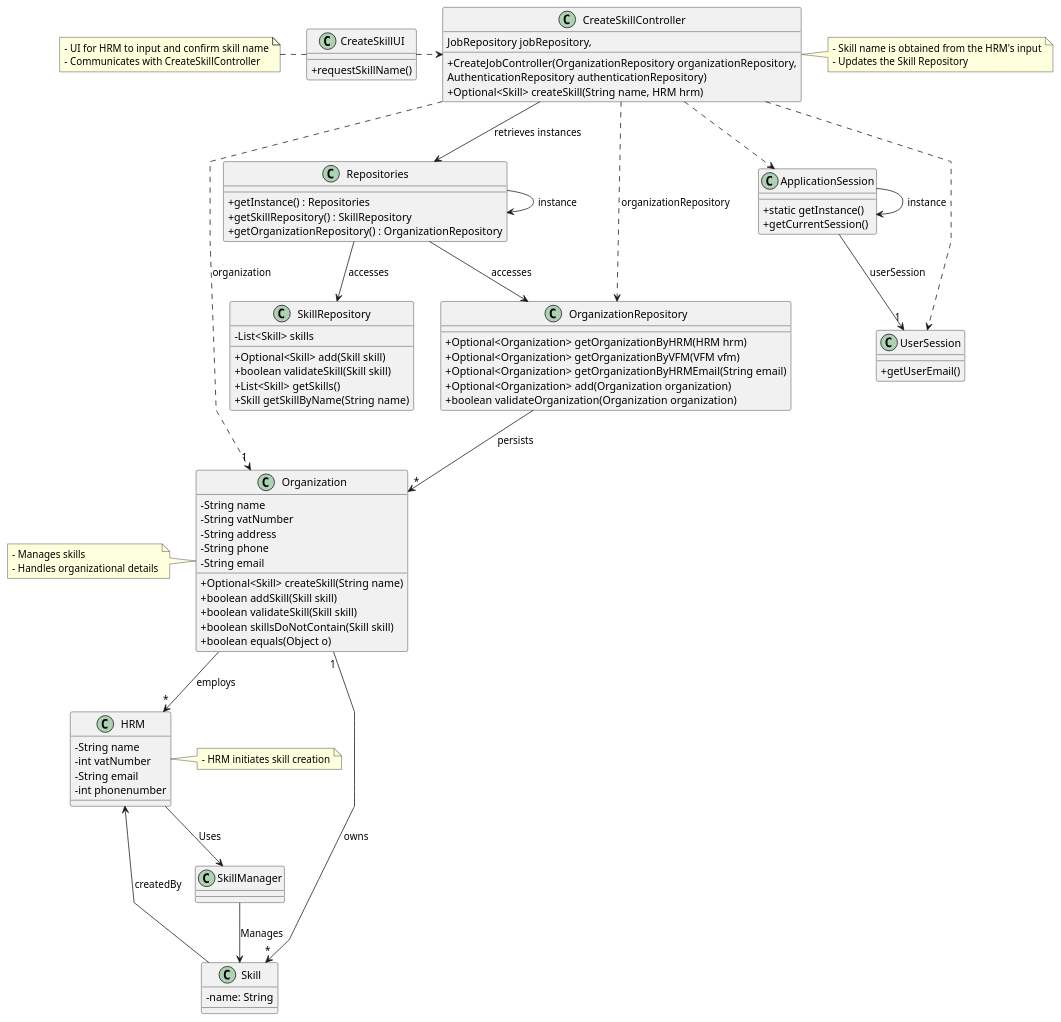
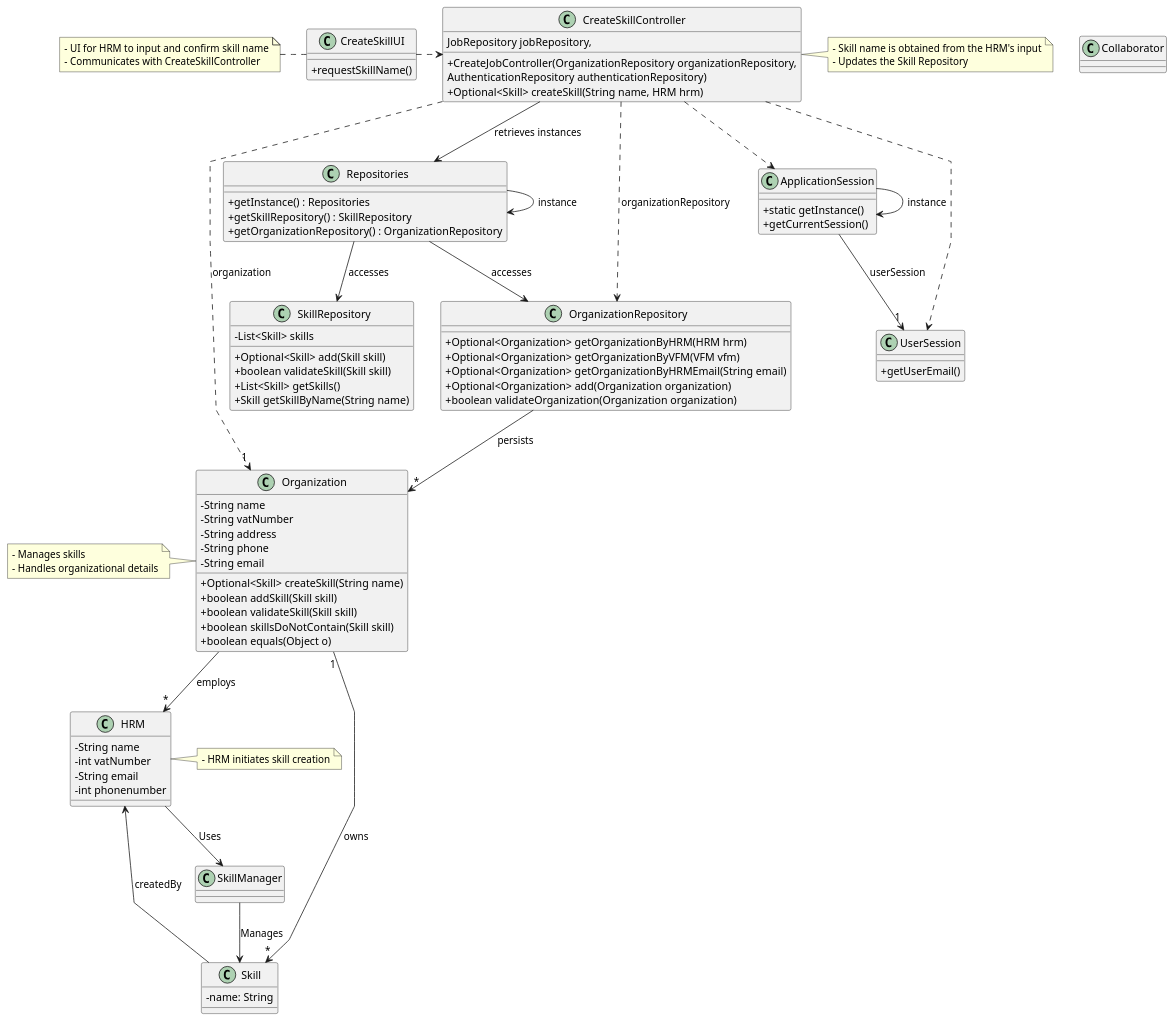
Before and after one commit to tiagosoa/lei-24-s2-1dgh-g073: the diagram in docs/sprint3/us028/03.design/puml/us001-class-diagram.puml, drawn with PlantUML. The commit also changed 2 other files, not shown here.

```diff
--- a/docs/sprint3/us028/03.design/puml/us001-class-diagram.puml
+++ b/docs/sprint3/us028/03.design/puml/us001-class-diagram.puml
@@ -1,125 +1,127 @@
 @startuml
 'skinparam monochrome true
 skinparam packageStyle rectangle
 skinparam shadowing false
 skinparam linetype polyline
 'skinparam linetype orto
 
 skinparam classAttributeIconSize 0
 
 'left to right direction
 
 class ApplicationSession
 {
     + static getInstance()
     + getCurrentSession()
 }
 
 class UserSession
 {
     + getUserEmail()
 }
+
+class Collaborator
 
 class Skill {
     - name: String
 }
 
 class SkillRepository {
   - List<Skill> skills
   + Optional<Skill> add(Skill skill)
   + boolean validateSkill(Skill skill)
   + List<Skill> getSkills()
   + Skill getSkillByName(String name)
 }
 
 class Organization {
   - String name
   - String vatNumber
   - String address
   - String phone
   - String email
   + Optional<Skill> createSkill(String name)
   + boolean addSkill(Skill skill)
   + boolean validateSkill(Skill skill)
   + boolean skillsDoNotContain(Skill skill)
   + boolean equals(Object o)
 }
 
 class OrganizationRepository {
   + Optional<Organization> getOrganizationByHRM(HRM hrm)
   + Optional<Organization> getOrganizationByVFM(VFM vfm)
   + Optional<Organization> getOrganizationByHRMEmail(String email)
   + Optional<Organization> add(Organization organization)
   + boolean validateOrganization(Organization organization)
 }
 
 class Repositories {
   + getInstance() : Repositories
   + getSkillRepository() : SkillRepository
   + getOrganizationRepository() : OrganizationRepository
 }
 
 class CreateSkillController {
   + CreateJobController(OrganizationRepository organizationRepository,
                                    JobRepository jobRepository,
                                    AuthenticationRepository authenticationRepository)
   + Optional<Skill> createSkill(String name, HRM hrm)
 }
 
 class CreateSkillUI {
   + requestSkillName()
 }
 
 class HRM {
    - String name
    - int vatNumber
    - String email
    - int phonenumber
 }
 
 SkillManager --> Skill: Manages
 HRM --> SkillManager: Uses
 
 note right of CreateSkillController
   - Skill name is obtained from the HRM's input
   - Updates the Skill Repository
 end note
 
 note right of HRM
   - HRM initiates skill creation
 end note
 
 note left of CreateSkillUI
   - UI for HRM to input and confirm skill name
   - Communicates with CreateSkillController
 end note
 
 note left of Organization
   - Manages skills
   - Handles organizational details
 end note
 
 Repositories -> Repositories : instance
 ApplicationSession -> ApplicationSession : instance
 
 CreateSkillUI .> CreateSkillController
 
 CreateSkillController -down-> Repositories : retrieves instances
 
 Repositories -down-> SkillRepository : accesses
 Repositories -down-> OrganizationRepository : accesses
 
 CreateSkillController ..> OrganizationRepository : organizationRepository
 
 OrganizationRepository --> "*" Organization : persists
 ApplicationSession --> "1" UserSession : userSession
 
 CreateSkillController ..> "1" Organization : organization
 CreateSkillController ..> ApplicationSession
 CreateSkillController ..> UserSession
 Organization "1" --> "*" Skill : owns
 Skill --> HRM : createdBy
 
 Organization --> "*" HRM : employs
 
 @enduml
```
